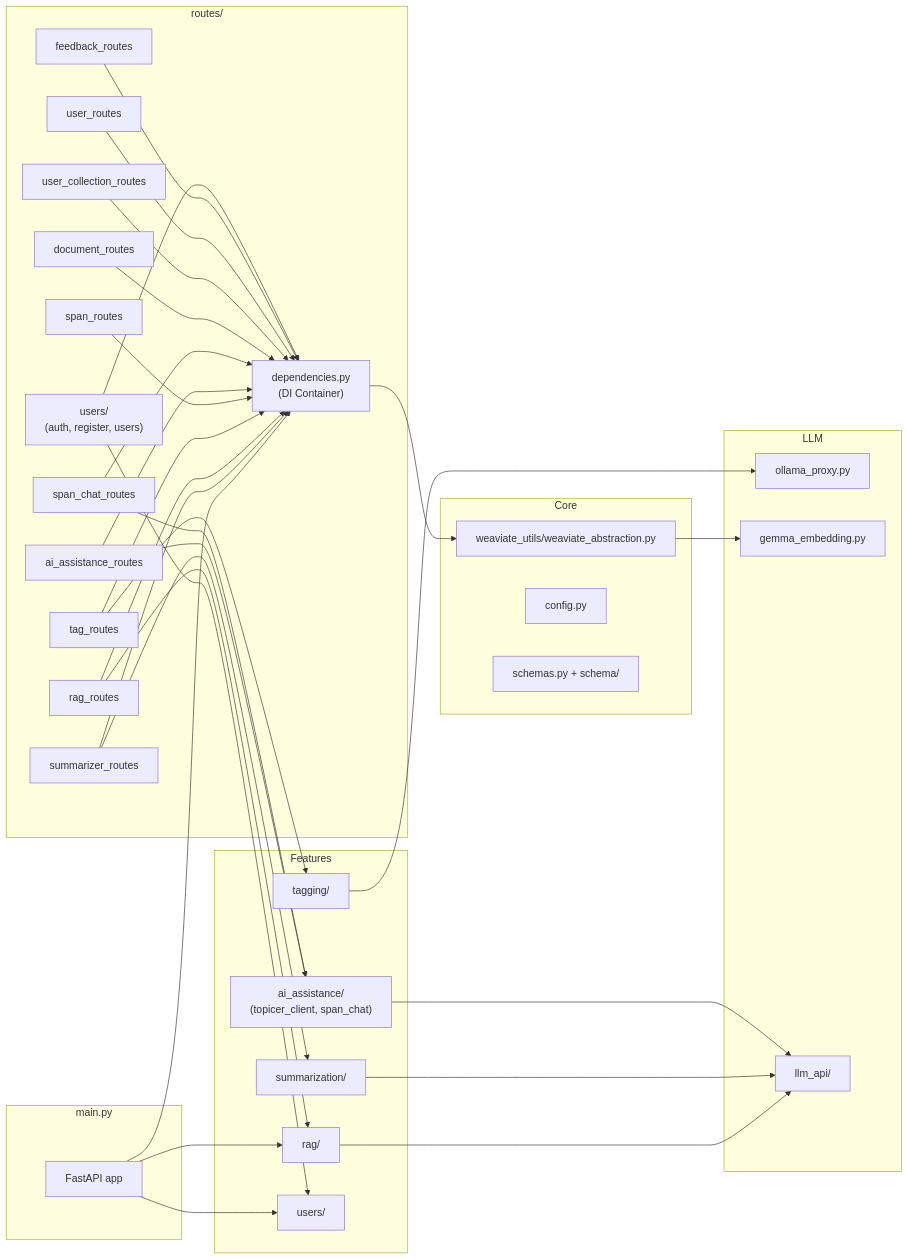
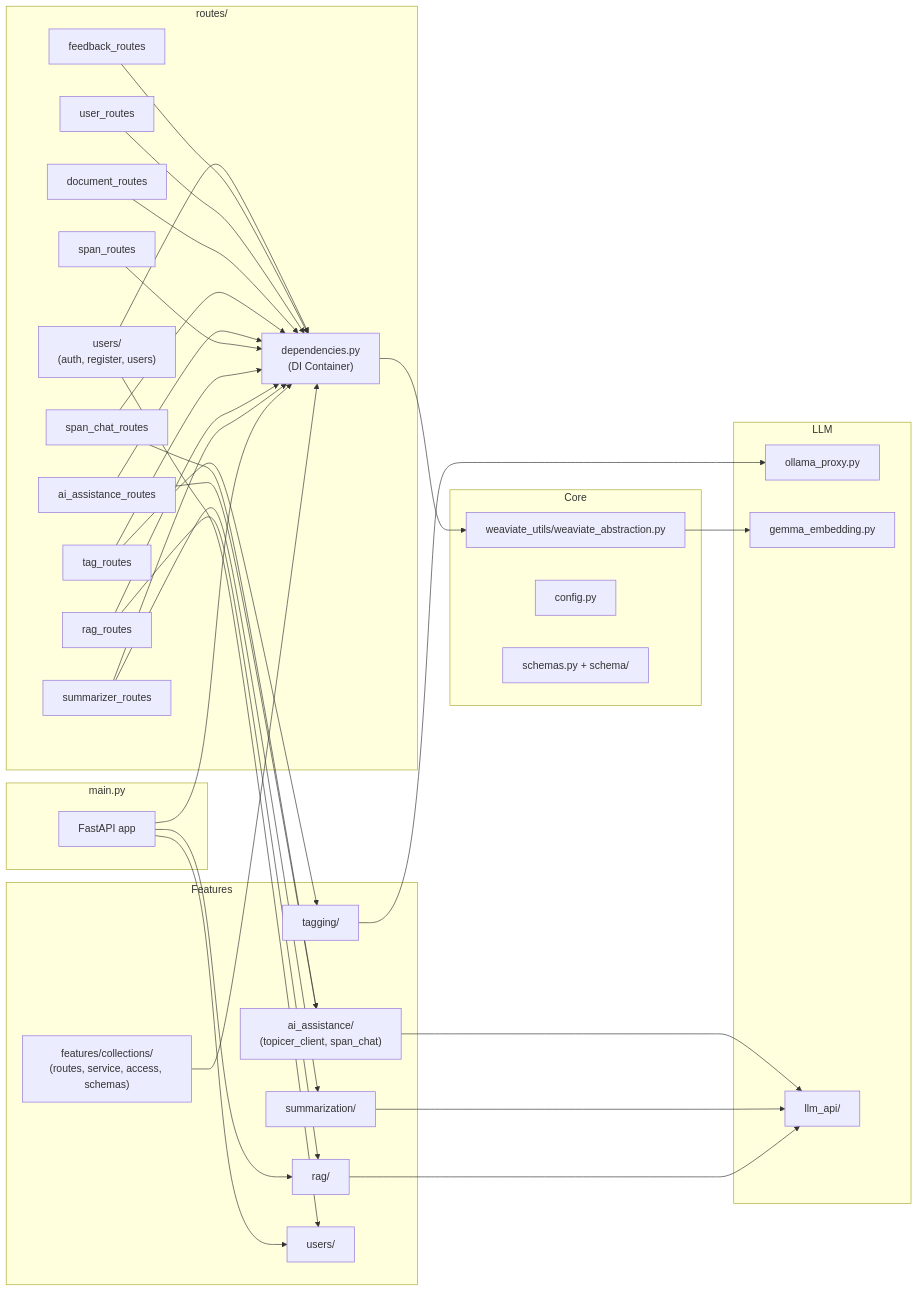
The second of 6 diagrams in docs/ARCHITECTURE.md (DCGM/semant-demo), drawn with Mermaid before and after one commit. The commit also changed 11 other files, not shown here.

First line of the commit message:
Move collection workflows and access checks into a Collections service (#203)

````diff
--- a/docs/ARCHITECTURE.md
+++ b/docs/ARCHITECTURE.md
@@ -54,56 +54,56 @@
 ```mermaid
 flowchart LR
     subgraph main.py
         APP[FastAPI app]
     end
 
     subgraph routes/
         DI["dependencies.py<br/>(DI Container)"]
         SUM_R[summarizer_routes]
         RAG_R[rag_routes]
         TAG_R[tag_routes]
         SPAN_R[span_routes]
         AI_R[ai_assistance_routes]
         CHAT_R[span_chat_routes]
         DOC_R[document_routes]
-        COL_R[user_collection_routes]
         USR_R[user_routes]
         FB_R[feedback_routes]
         AUTH_R["users/<br/>(auth, register, users)"]
     end
 
     subgraph Core
         WS[weaviate_utils/weaviate_abstraction.py]
         CFG[config.py]
         SCH["schemas.py + schema/"]
     end
 
     subgraph LLM
         OLLP[ollama_proxy.py]
         GEMMA[gemma_embedding.py]
         LLM_API[llm_api/]
     end
 
     subgraph Features
         RAG_F[rag/]
         SUM[summarization/]
         TAG_F[tagging/]
         AI_F["ai_assistance/<br/>(topicer_client, span_chat)"]
         USERS[users/]
+        COL_F["features/collections/<br/>(routes, service, access, schemas)"]
     end
 
     APP --> DI & RAG_F & USERS
-    SUM_R & RAG_R & TAG_R & SPAN_R & AI_R & CHAT_R & DOC_R & COL_R & USR_R & FB_R & AUTH_R --> DI
+    SUM_R & RAG_R & TAG_R & SPAN_R & AI_R & CHAT_R & DOC_R & COL_F & USR_R & FB_R & AUTH_R --> DI
     DI --> WS
     RAG_R --> RAG_F
     SUM_R --> SUM
     TAG_R --> TAG_F
     AI_R --> AI_F
     CHAT_R --> AI_F
     WS --> GEMMA
     RAG_F --> LLM_API
     SUM --> LLM_API
     TAG_F --> OLLP
     AI_F --> LLM_API
     AUTH_R --> USERS
 ```
````
